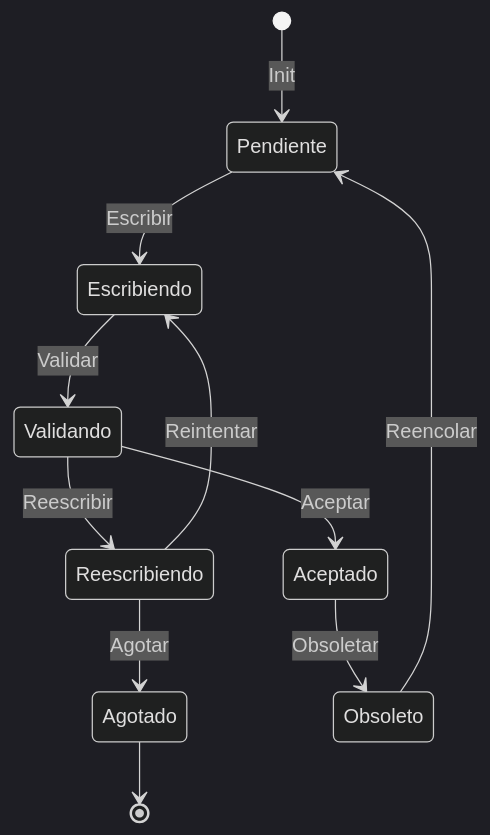
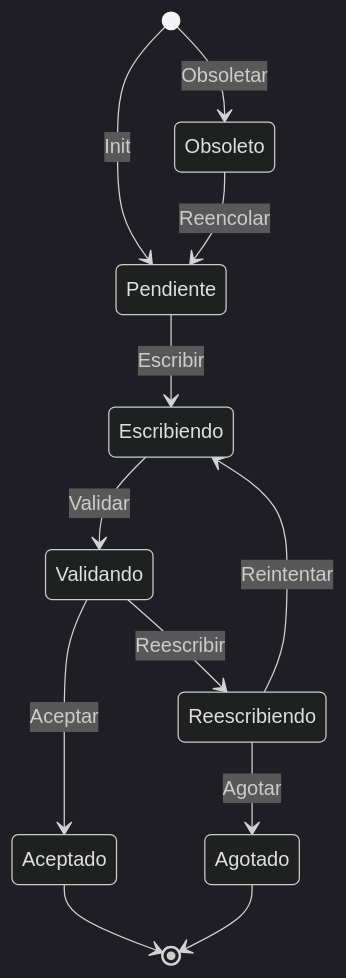
One commit to BrunoCrz3/MyStory changed the fifth of 10 diagrams in docs/architecture.md. Above: the diagram before and after it, drawn with Mermaid (dark theme). The commit also changed other lines of this file and 22 other files, not shown here.

````diff
--- a/docs/architecture.md
+++ b/docs/architecture.md
@@ -424,13 +424,14 @@
 ```mermaid
 stateDiagram-v2
   [*] --> Pendiente: Init
+  [*] --> Obsoleto: Obsoletar
   Pendiente --> Escribiendo: Escribir
   Escribiendo --> Validando: Validar
   Validando --> Aceptado: Aceptar
   Validando --> Reescribiendo: Reescribir
   Reescribiendo --> Escribiendo: Reintentar
   Reescribiendo --> Agotado: Agotar
-  Aceptado --> Obsoleto: Obsoletar
   Obsoleto --> Pendiente: Reencolar
+  Aceptado --> [*]
   Agotado --> [*]
 ```
````
